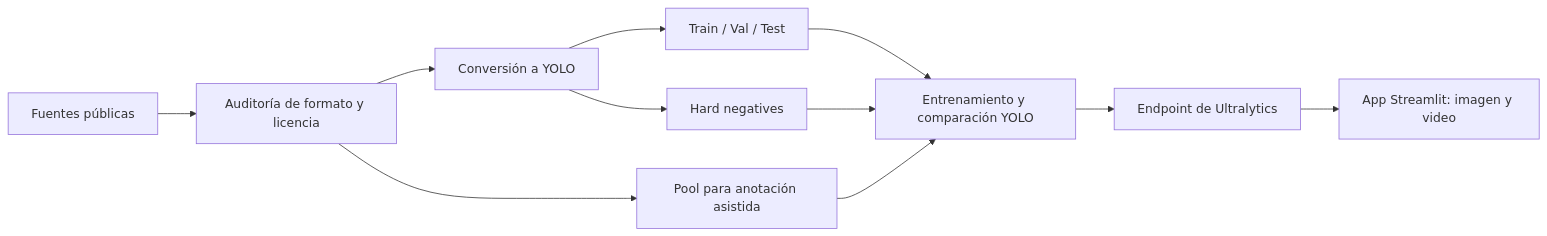
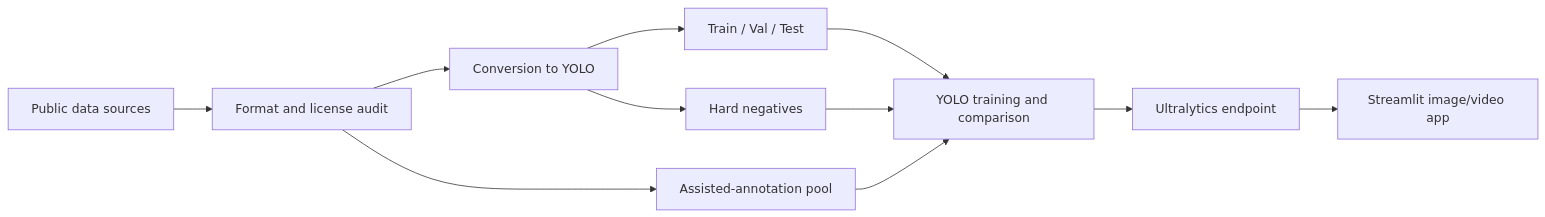
One commit to DavidHospinal/ultralytics-wildfire-pipeline changed the diagram in README.md. Above: the diagram before and after it, drawn with Mermaid. The commit also changed other lines of this file, not shown here.

Commit message:
Translate README and add research sources

````diff
--- a/README.md
+++ b/README.md
@@ -41,13 +41,13 @@
 ```mermaid
 flowchart LR
-    A[Fuentes públicas] --> B[Auditoría de formato y licencia]
-    B --> C[Conversión a YOLO]
+    A[Public data sources] --> B[Format and license audit]
+    B --> C[Conversion to YOLO]
     C --> D[Train / Val / Test]
-    B --> E[Pool para anotación asistida]
+    B --> E[Assisted-annotation pool]
     C --> F[Hard negatives]
-    D --> G[Entrenamiento y comparación YOLO]
+    D --> G[YOLO training and comparison]
     E --> G
     F --> G
-    G --> H[Endpoint de Ultralytics]
-    H --> I[App Streamlit: imagen y video]
+    G --> H[Ultralytics endpoint]
+    H --> I[Streamlit image/video app]
 ```
````
